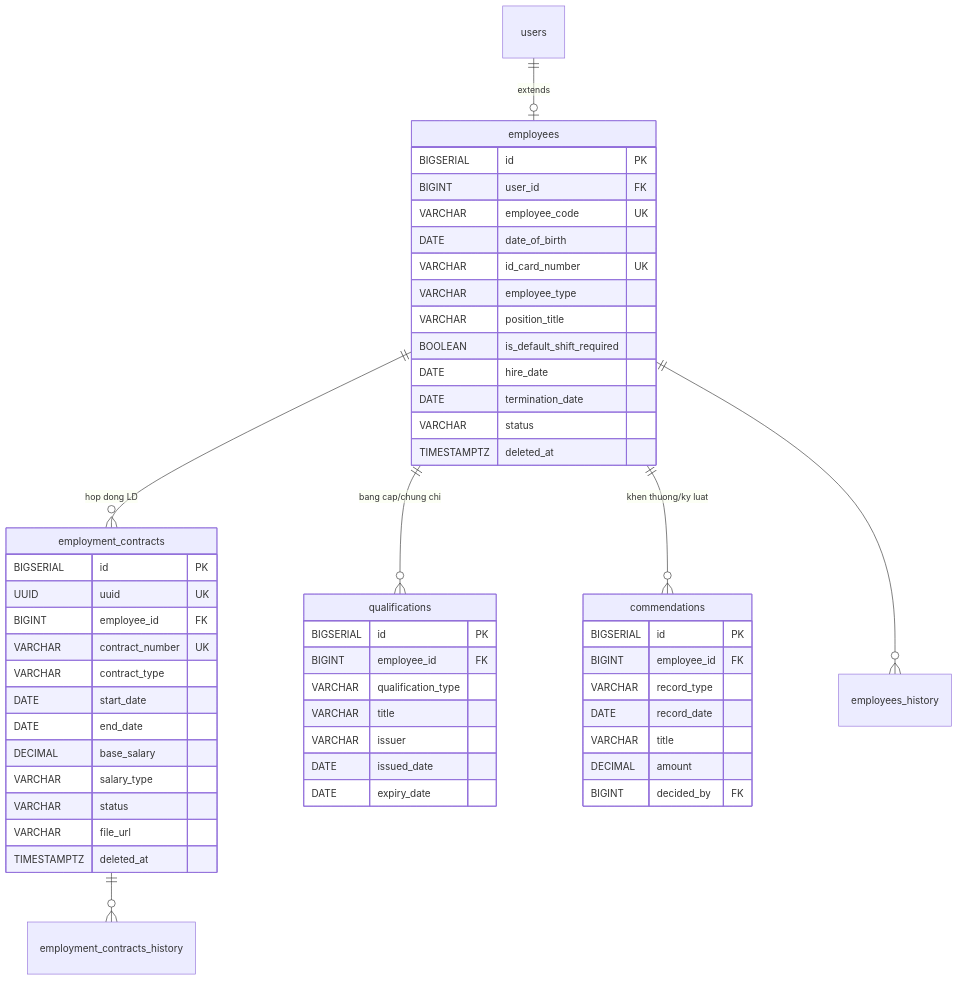
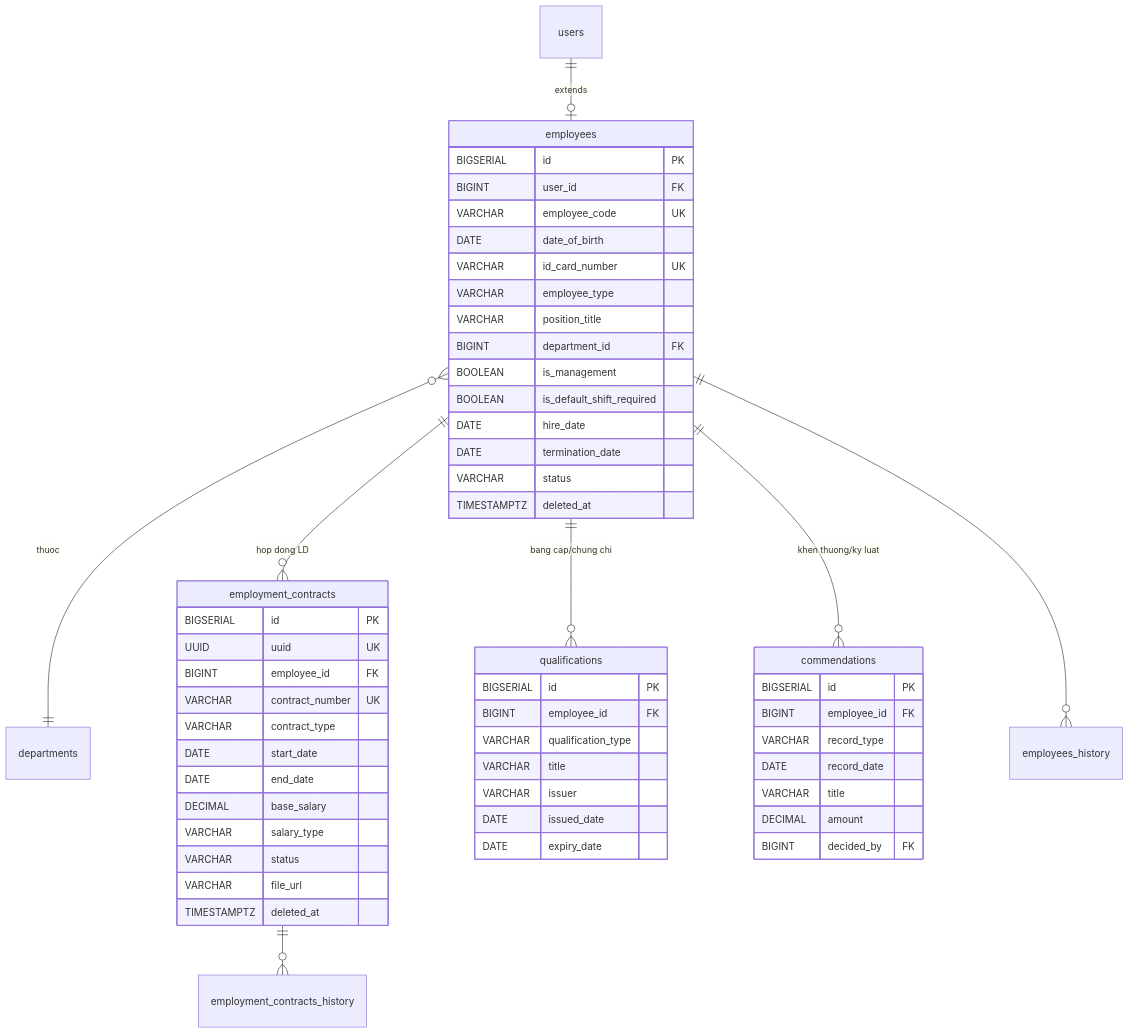
The diagram in docs/diagrams/erd/ERD-Nhom4A-HoSoNhanSu.mmd (langtuananh2424/pps-education), drawn with Mermaid before and after one commit. The commit also changed 28 other files, not shown here.

```diff
--- a/docs/diagrams/erd/ERD-Nhom4A-HoSoNhanSu.mmd
+++ b/docs/diagrams/erd/ERD-Nhom4A-HoSoNhanSu.mmd
@@ -1,58 +1,61 @@
 erDiagram
     users ||--o| employees : "extends"
+    employees }o--|| departments : "thuoc"
     employees ||--o{ employment_contracts : "hop dong LD"
     employees ||--o{ qualifications : "bang cap/chung chi"
     employees ||--o{ commendations : "khen thuong/ky luat"
 
     employees ||--o{ employees_history : ""
     employment_contracts ||--o{ employment_contracts_history : ""
 
     employees {
         BIGSERIAL id PK
         BIGINT user_id FK
         VARCHAR employee_code UK
         DATE date_of_birth
         VARCHAR id_card_number UK
         VARCHAR employee_type
         VARCHAR position_title
+        BIGINT department_id FK
+        BOOLEAN is_management
         BOOLEAN is_default_shift_required
         DATE hire_date
         DATE termination_date
         VARCHAR status
         TIMESTAMPTZ deleted_at
     }
 
     employment_contracts {
         BIGSERIAL id PK
         UUID uuid UK
         BIGINT employee_id FK
         VARCHAR contract_number UK
         VARCHAR contract_type
         DATE start_date
         DATE end_date
         DECIMAL base_salary
         VARCHAR salary_type
         VARCHAR status
         VARCHAR file_url
         TIMESTAMPTZ deleted_at
     }
 
     qualifications {
         BIGSERIAL id PK
         BIGINT employee_id FK
         VARCHAR qualification_type
         VARCHAR title
         VARCHAR issuer
         DATE issued_date
         DATE expiry_date
     }
 
     commendations {
         BIGSERIAL id PK
         BIGINT employee_id FK
         VARCHAR record_type
         DATE record_date
         VARCHAR title
         DECIMAL amount
         BIGINT decided_by FK
     }
```
